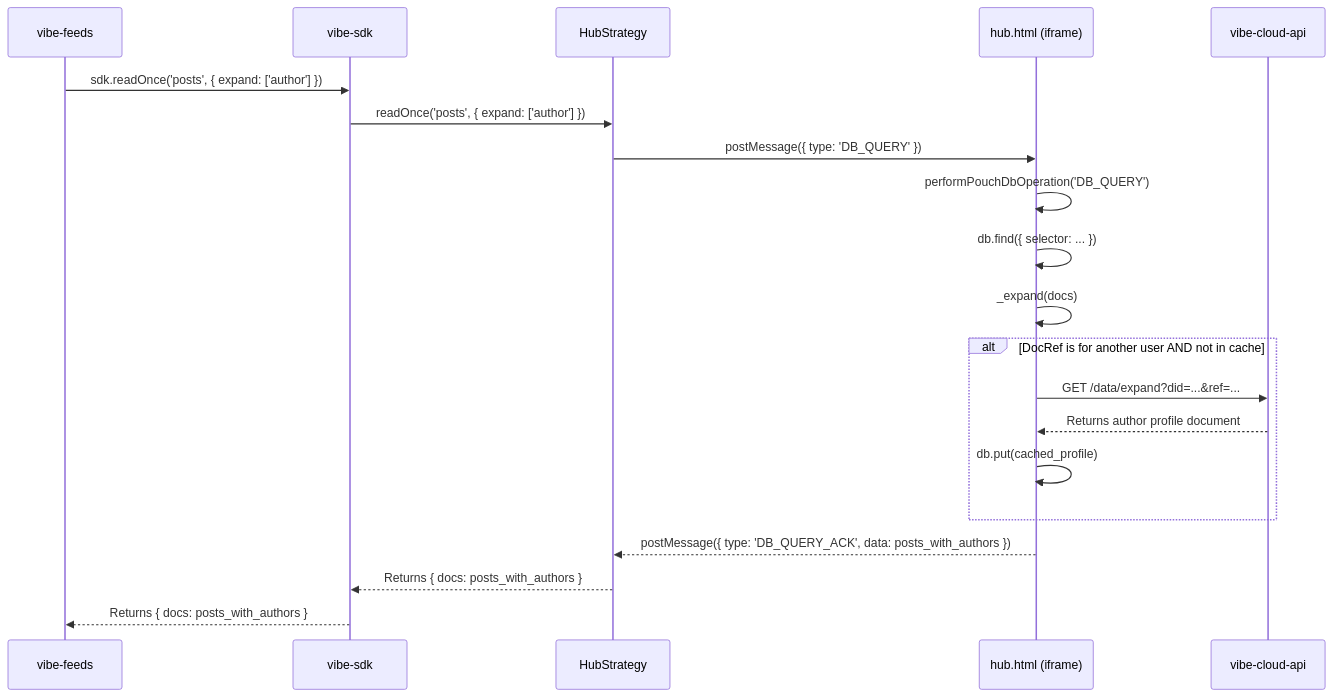
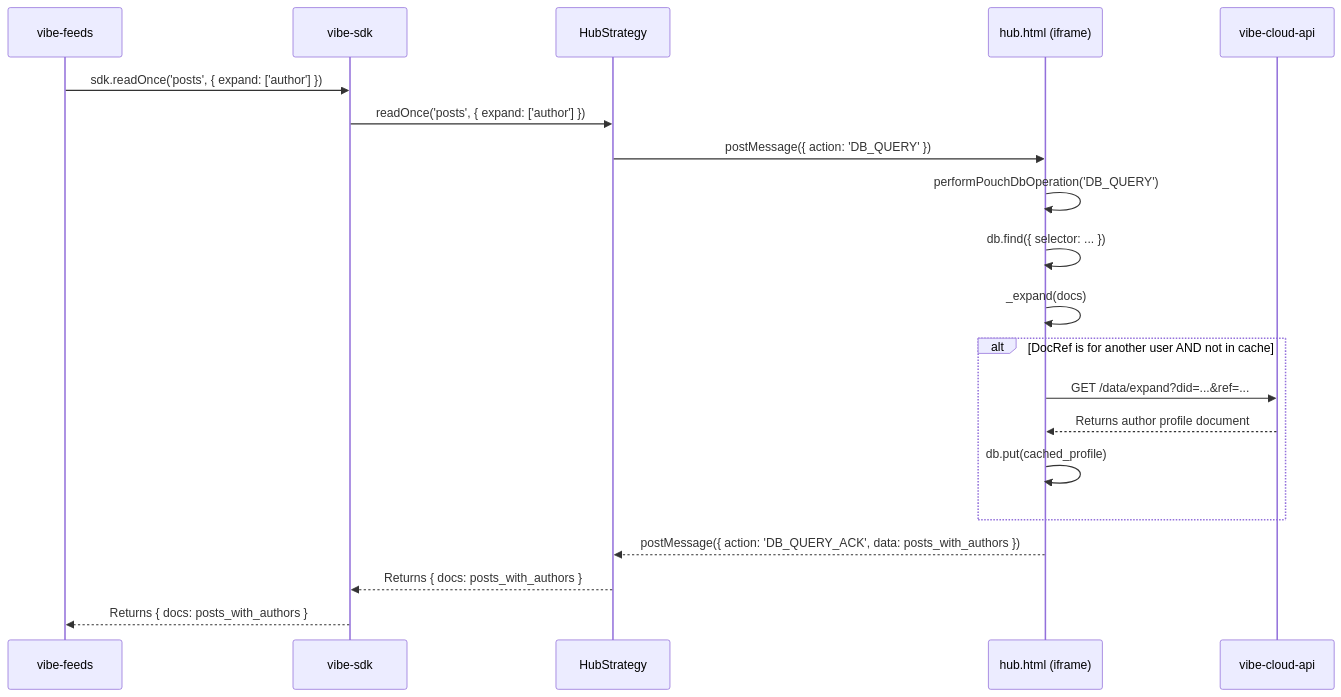
One commit to Social-Systems-Lab/vibe changed the fourth of 5 diagrams in docs/HubDataFlow.md. Above: the diagram before and after it, drawn with Mermaid. The commit also changed other lines of this file and 15 other files, not shown here.

````diff
--- a/docs/HubDataFlow.md
+++ b/docs/HubDataFlow.md
@@ -130,25 +130,25 @@
 ```mermaid
 sequenceDiagram
     participant App as vibe-feeds
     participant SDK as vibe-sdk
     participant HubStrategy
     participant Hub as hub.html (iframe)
     participant API as vibe-cloud-api
 
     App->>SDK: sdk.readOnce('posts', { expand: ['author'] })
     SDK->>HubStrategy: readOnce('posts', { expand: ['author'] })
-    HubStrategy->>Hub: postMessage({ type: 'DB_QUERY' })
+    HubStrategy->>Hub: postMessage({ action: 'DB_QUERY' })
     Hub->>Hub: performPouchDbOperation('DB_QUERY')
     Hub->>Hub: db.find({ selector: ... })
     Hub->>Hub: _expand(docs)
 
     alt DocRef is for another user AND not in cache
         Hub->>API: GET /data/expand?did=...&ref=...
         API-->>Hub: Returns author profile document
         Hub->>Hub: db.put(cached_profile)
     end
 
-    Hub-->>HubStrategy: postMessage({ type: 'DB_QUERY_ACK', data: posts_with_authors })
+    Hub-->>HubStrategy: postMessage({ action: 'DB_QUERY_ACK', data: posts_with_authors })
     HubStrategy-->>SDK: Returns { docs: posts_with_authors }
     SDK-->>App: Returns { docs: posts_with_authors }
 ```
````
